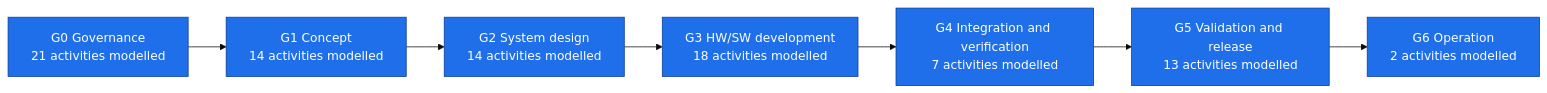
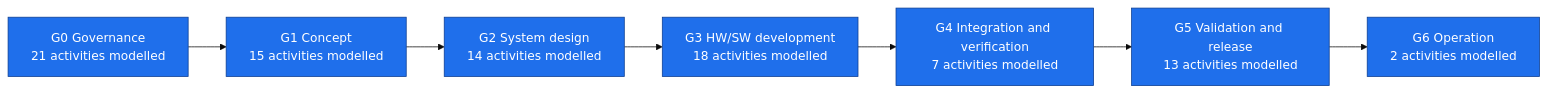
Before and after one commit to jherrodthomas/LionDriver: the first of 2 diagrams in assurance/process/maps/lifecycle.md, drawn with Mermaid (base theme). The commit also changed 11 other files, not shown here.

````diff
--- a/assurance/process/maps/lifecycle.md
+++ b/assurance/process/maps/lifecycle.md
@@ -8,14 +8,14 @@
 ```mermaid
 flowchart LR
   G0["G0 Governance<br/>21 activities modelled"]
-  G1["G1 Concept<br/>14 activities modelled"]
+  G1["G1 Concept<br/>15 activities modelled"]
   G2["G2 System design<br/>14 activities modelled"]
   G3["G3 HW/SW development<br/>18 activities modelled"]
   G4["G4 Integration and verification<br/>7 activities modelled"]
   G5["G5 Validation and release<br/>13 activities modelled"]
   G6["G6 Operation<br/>2 activities modelled"]
   G0 --> G1 --> G2 --> G3 --> G4 --> G5 --> G6
   classDef modelled fill:#1f6feb,stroke:#0b3d91,color:#ffffff
   classDef pending fill:#f6f8fa,stroke:#8c959f,color:#57606a,stroke-dasharray: 4 3
   class G0,G1,G2,G3,G4,G5,G6 modelled
 ```
````
